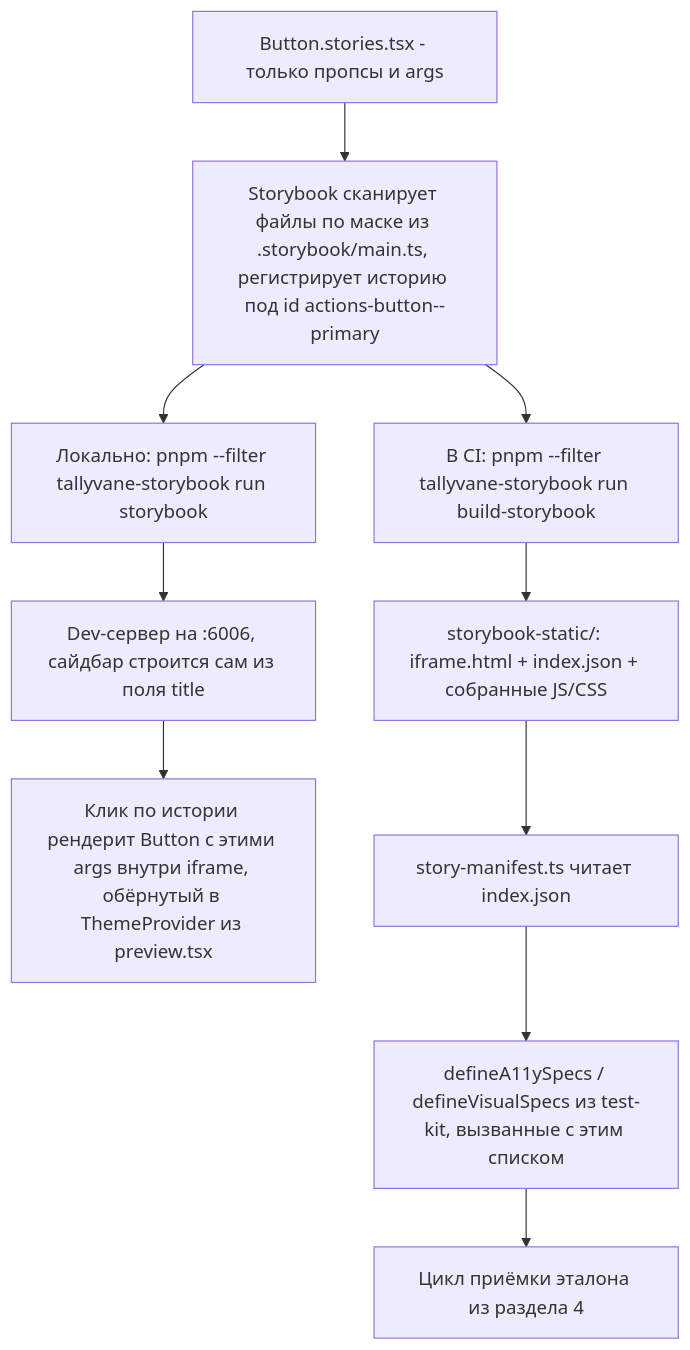
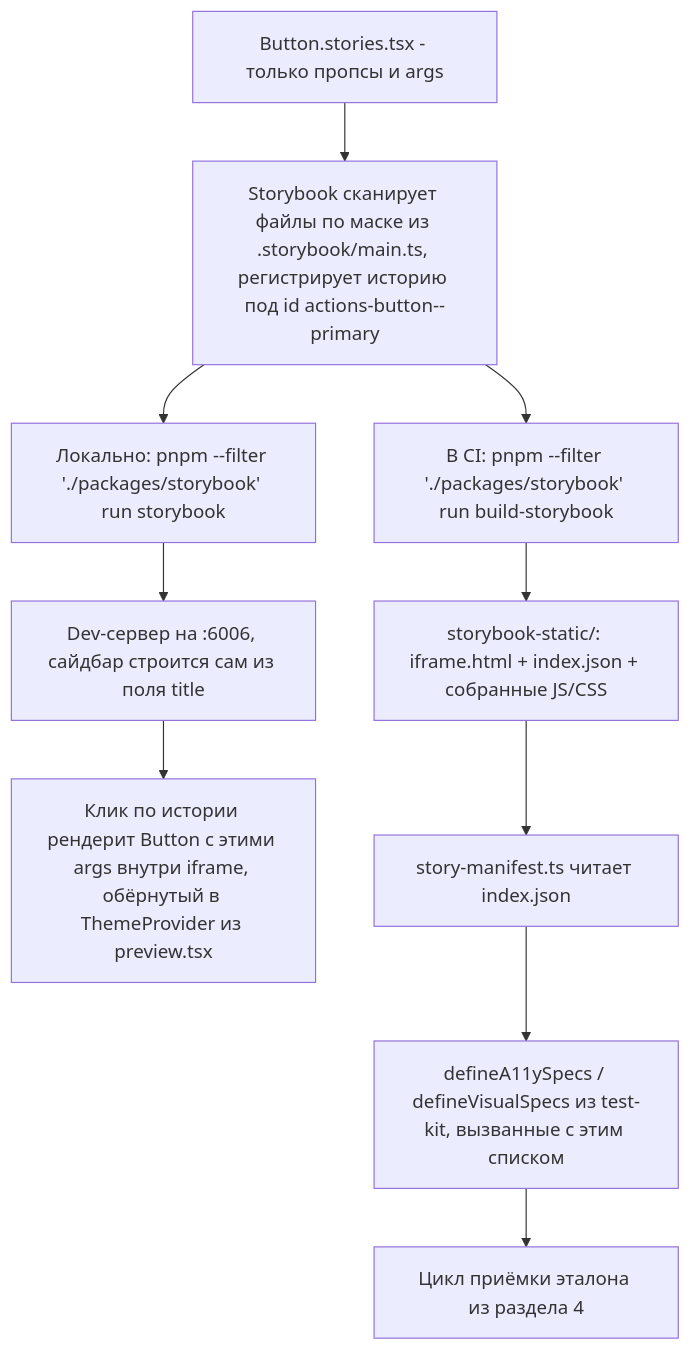
Before and after one commit to yuriisurzhykov/Tallyvane: the third of 3 diagrams in docs/frontend/02-component-testing-architecture.md, drawn with Mermaid. The commit also changed other lines of this file and 18 other files, not shown here.

````diff
--- a/docs/frontend/02-component-testing-architecture.md
+++ b/docs/frontend/02-component-testing-architecture.md
@@ -281,16 +281,16 @@
 ```mermaid
 flowchart TD
     StoryFile["Button.stories.tsx - только пропсы и args"]
     StoryFile --> Registered["Storybook сканирует файлы по маске из .storybook/main.ts, регистрирует историю под id actions-button--primary"]
 
-    Registered --> DevPath["Локально: pnpm --filter tallyvane-storybook run storybook"]
-    Registered --> BuildPath["В CI: pnpm --filter tallyvane-storybook run build-storybook"]
+    Registered --> DevPath["Локально: pnpm --filter './packages/storybook' run storybook"]
+    Registered --> BuildPath["В CI: pnpm --filter './packages/storybook' run build-storybook"]
 
     DevPath --> DevServer["Dev-сервер на :6006, сайдбар строится сам из поля title"]
     DevServer --> Iframe1["Клик по истории рендерит Button с этими args внутри iframe, обёрнутый в ThemeProvider из preview.tsx"]
 
     BuildPath --> StaticSite["storybook-static/: iframe.html + index.json + собранные JS/CSS"]
     StaticSite --> StoryManifestGen["story-manifest.ts читает index.json"]
     StoryManifestGen --> DefineSpecs["defineA11ySpecs / defineVisualSpecs из test-kit, вызванные с этим списком"]
     DefineSpecs --> BaselineFlow["Цикл приёмки эталона из раздела 4"]
 ```
````
